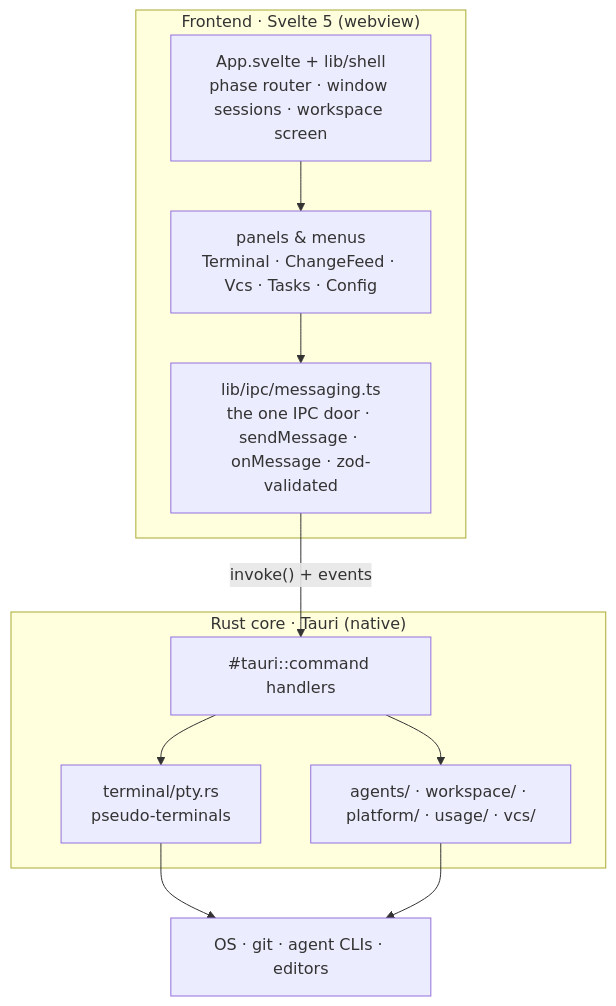
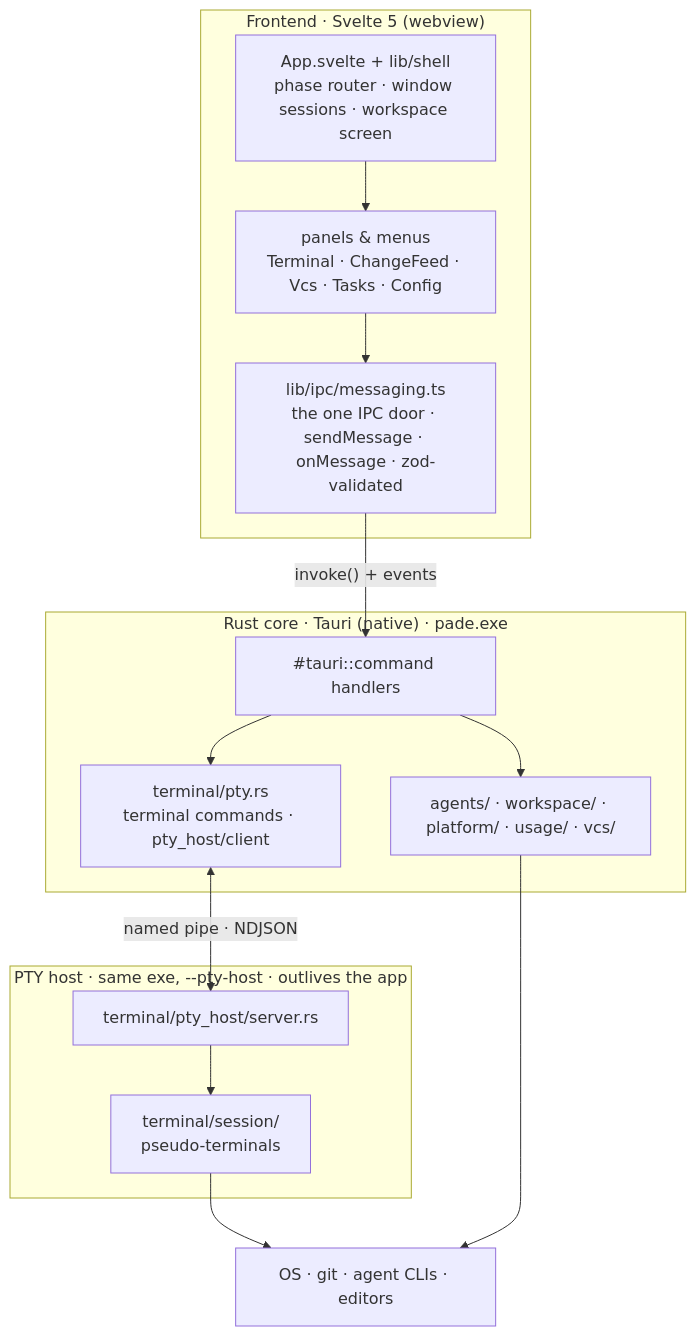
Before and after one commit to avi12/pade: the second of 13 diagrams in ARCHITECTURE.md, drawn with Mermaid. The commit also changed other lines of this file and 26 other files, not shown here.

````diff
--- a/ARCHITECTURE.md
+++ b/ARCHITECTURE.md
@@ -71,20 +71,26 @@
 ```mermaid
 flowchart TB
   subgraph FE["Frontend · Svelte 5 (webview)"]
     App["App.svelte + lib/shell<br/>phase router · window sessions · workspace screen"]
     Panels["panels &amp; menus<br/>Terminal · ChangeFeed · Vcs · Tasks · Config"]
     Bridge["lib/ipc/messaging.ts<br/>the one IPC door · sendMessage · onMessage · zod-validated"]
   end
-  subgraph BE["Rust core · Tauri (native)"]
+  subgraph BE["Rust core · Tauri (native) · pade.exe"]
     Cmds["#tauri::command handlers"]
-    Pty["terminal/pty.rs<br/>pseudo-terminals"]
+    Pty["terminal/pty.rs<br/>terminal commands · pty_host/client"]
     Rest["agents/ · workspace/ · platform/ · usage/ · vcs/"]
+  end
+  subgraph Host["PTY host · same exe, --pty-host · outlives the app"]
+    Server["terminal/pty_host/server.rs"]
+    Engine["terminal/session/<br/>pseudo-terminals"]
   end
   OS["OS · git · agent CLIs · editors"]
   App --> Panels --> Bridge
   Bridge -->|"invoke() + events"| Cmds
   Cmds --> Pty
   Cmds --> Rest
-  Pty --> OS
+  Pty <-->|"named pipe · NDJSON"| Server
+  Server --> Engine
+  Engine --> OS
   Rest --> OS
 ```
````
